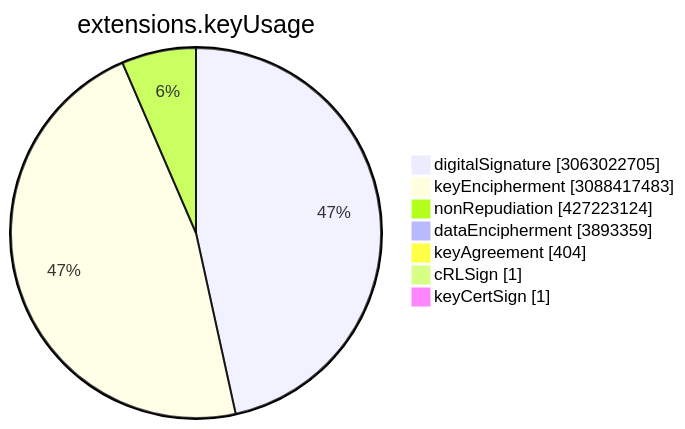
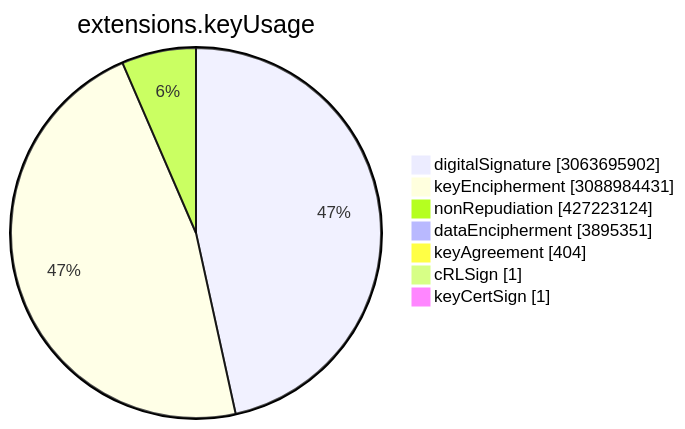
Before and after one commit to christiankrug/ctmonitor_visualization: the sixth of 15 diagrams in TOTAL/README.md, drawn with Mermaid. The commit also changed other lines of this file, not shown here.

````diff
--- a/TOTAL/README.md
+++ b/TOTAL/README.md
@@ -3077,11 +3077,11 @@
 ```mermaid
 pie showData
 title extensions.keyUsage
-"digitalSignature" :3063022705
-"keyEncipherment" :3088417483
+"digitalSignature" :3063695902
+"keyEncipherment" :3088984431
 "nonRepudiation" :427223124
-"dataEncipherment" :3893359
+"dataEncipherment" :3895351
 "keyAgreement" :404
 "cRLSign" :1
 "keyCertSign" :1
 ```
````
